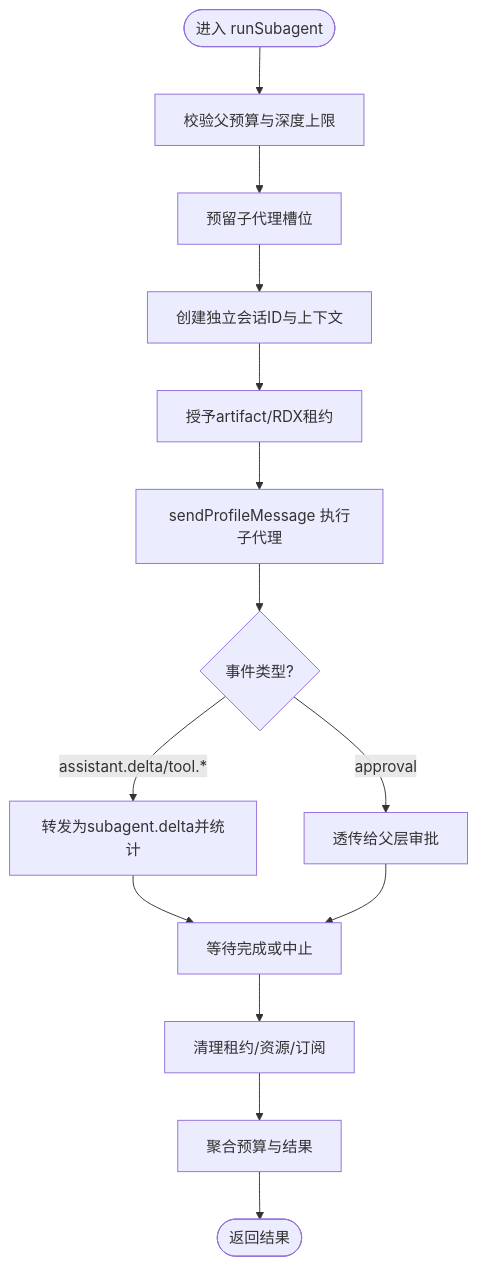
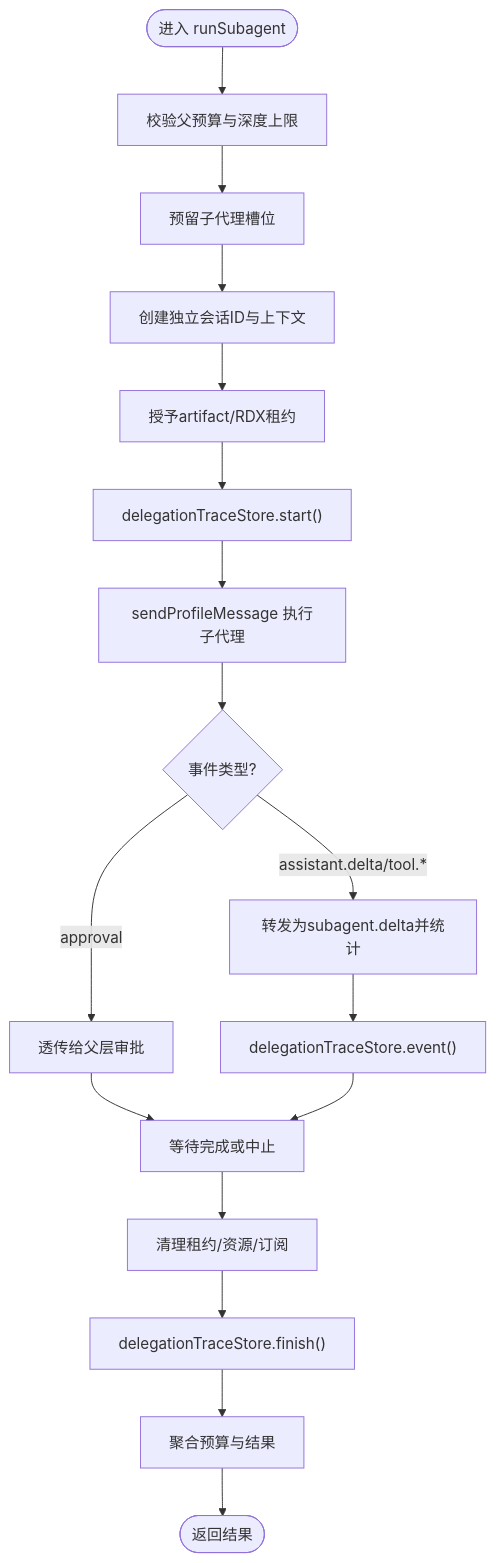
One commit to haolange/RDC-Agent changed the third of 8 diagrams in .qoder/repowiki/zh/content/架构设计/主进程架构/Agent 编排系统/SubagentRunner 子代理执行器.md. Above: the diagram before and after it, drawn with Mermaid. The commit also changed other lines of this file and 25 other files, not shown here.

````diff
--- a/.qoder/repowiki/zh/content/架构设计/主进程架构/Agent 编排系统/SubagentRunner 子代理执行器.md
+++ b/.qoder/repowiki/zh/content/架构设计/主进程架构/Agent 编排系统/SubagentRunner 子代理执行器.md
@@ -130,16 +149,19 @@
 ```mermaid
 flowchart TD
 Start(["进入 runSubagent"]) --> CheckBudget["校验父预算与深度上限"]
 CheckBudget --> Reserve["预留子代理槽位"]
 Reserve --> Isolate["创建独立会话ID与上下文"]
 Isolate --> Grant["授予artifact/RDX租约"]
-Grant --> RunAgent["sendProfileMessage 执行子代理"]
+Grant --> TraceStart["delegationTraceStore.start()"]
+TraceStart --> RunAgent["sendProfileMessage 执行子代理"]
 RunAgent --> Events{"事件类型?"}
 Events --> |assistant.delta/tool.*| Forward["转发为subagent.delta并统计"]
 Events --> |approval| ParentForward["透传给父层审批"]
-Forward --> Wait["等待完成或中止"]
-ParentForward --> Wait
+Forward --> TraceEvent["delegationTraceStore.event()"]
+ParentForward --> Wait["等待完成或中止"]
+TraceEvent --> Wait
 Wait --> Cleanup["清理租约/资源/订阅"]
-Cleanup --> Aggregate["聚合预算与结果"]
+Cleanup --> TraceFinish["delegationTraceStore.finish()"]
+TraceFinish --> Aggregate["聚合预算与结果"]
 Aggregate --> End(["返回结果"])
 ```
````
